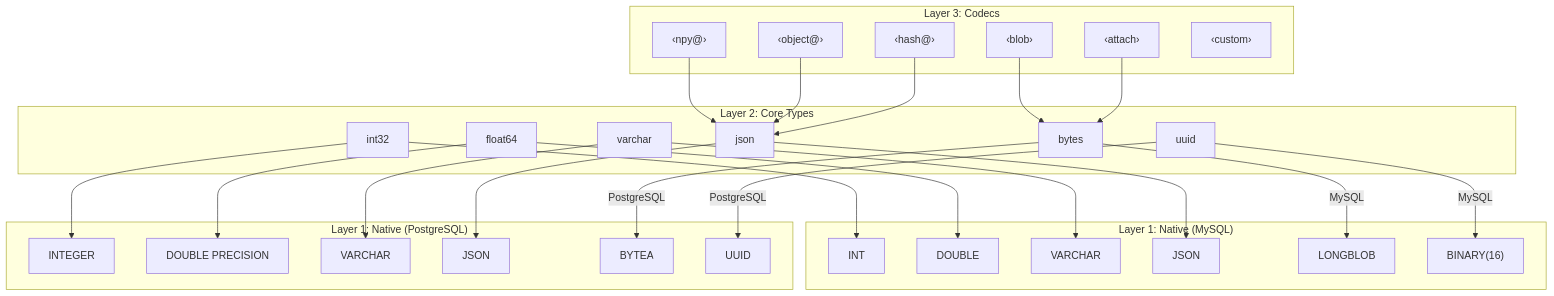
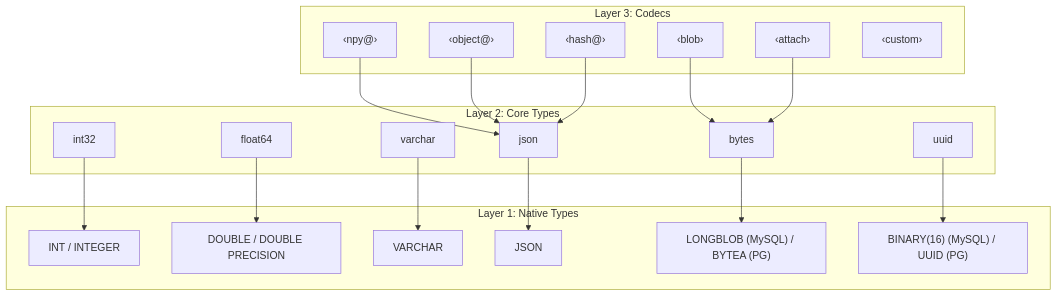
The diagram in src/explanation/type-system.md (datajoint/datajoint-docs), drawn with Mermaid before and after one commit.

Commit message:
docs: Simplify type system diagram with combined native types
Merge MySQL/PostgreSQL boxes into single "Native Types" layer with
backend-specific types shown inline, e.g.:
- LONGBLOB (MySQL) / BYTEA (PG)
- BINARY(16) (MySQL) / UUID (PG)

````diff
--- a/src/explanation/type-system.md
+++ b/src/explanation/type-system.md
@@ -11,54 +11,40 @@
 ```mermaid
 graph TB
     subgraph "Layer 3: Codecs"
         blob["‹blob›"]
         attach["‹attach›"]
         npy["‹npy@›"]
         object["‹object@›"]
         hash["‹hash@›"]
         custom["‹custom›"]
     end
     subgraph "Layer 2: Core Types"
         int32
         float64
         varchar
         json
         bytes
         uuid
     end
-    subgraph "Layer 1: Native (MySQL)"
-        INT["INT"]
-        DOUBLE["DOUBLE"]
-        VARCHAR_M["VARCHAR"]
-        JSON_M["JSON"]
-        BLOB["LONGBLOB"]
-        BIN16["BINARY(16)"]
-    end
-    subgraph "Layer 1: Native (PostgreSQL)"
-        INTEGER["INTEGER"]
-        DOUBLE_P["DOUBLE PRECISION"]
-        VARCHAR_P["VARCHAR"]
-        JSON_P["JSON"]
-        BYTEA["BYTEA"]
-        UUID_P["UUID"]
+    subgraph "Layer 1: Native Types"
+        INT["INT / INTEGER"]
+        DOUBLE["DOUBLE / DOUBLE PRECISION"]
+        VARCHAR_N["VARCHAR"]
+        JSON_N["JSON"]
+        BYTES_N["LONGBLOB (MySQL) / BYTEA (PG)"]
+        UUID_N["BINARY(16) (MySQL) / UUID (PG)"]
     end
 
     blob --> bytes
     attach --> bytes
     npy --> json
     object --> json
     hash --> json
 
-    bytes -->|MySQL| BLOB
-    bytes -->|PostgreSQL| BYTEA
-    json --> JSON_M
-    json --> JSON_P
+    bytes --> BYTES_N
+    json --> JSON_N
     int32 --> INT
-    int32 --> INTEGER
     float64 --> DOUBLE
-    float64 --> DOUBLE_P
-    varchar --> VARCHAR_M
-    varchar --> VARCHAR_P
-    uuid -->|MySQL| BIN16
-    uuid -->|PostgreSQL| UUID_P
+    varchar --> VARCHAR_N
+    uuid --> UUID_N
 ```
````
